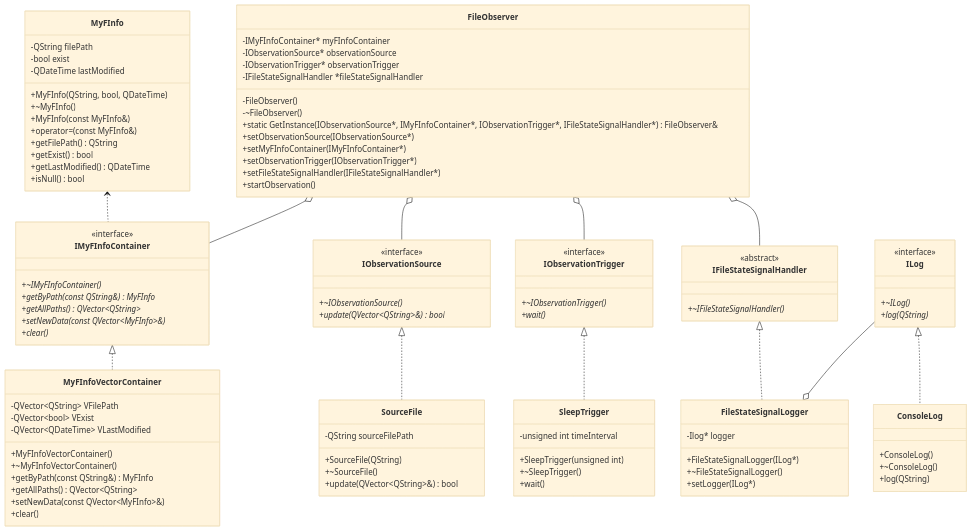
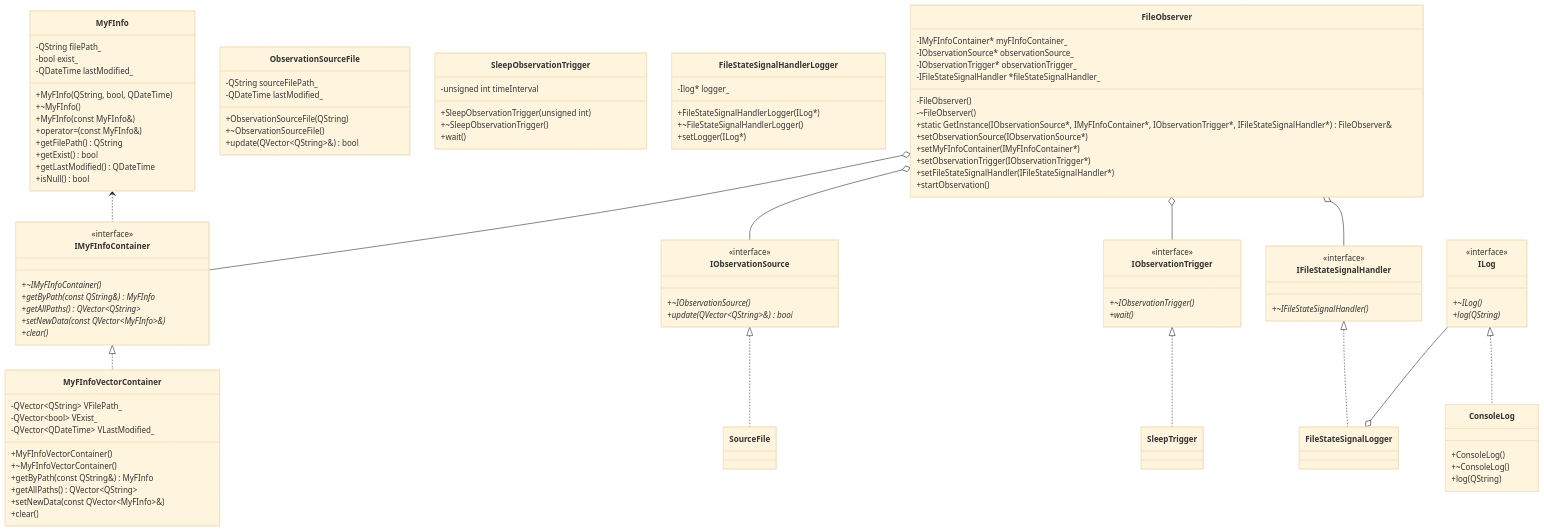
The diagram in README.md (ILoveHumanity/FileWarden), drawn with Mermaid (base theme) before and after one commit. The commit also changed other lines of this file and 27 other files, not shown here.

````diff
--- a/README.md
+++ b/README.md
@@ -25,15 +24,15 @@
 ```mermaid
 classDiagram
 	class FileObserver {
-		-IMyFInfoContainer* myFInfoContainer
-		-IObservationSource* observationSource
-		-IObservationTrigger* observationTrigger
-		-IFileStateSignalHandler *fileStateSignalHandler
+		-IMyFInfoContainer* myFInfoContainer_
+		-IObservationSource* observationSource_
+		-IObservationTrigger* observationTrigger_
+		-IFileStateSignalHandler *fileStateSignalHandler_
 		-FileObserver()
 		-~FileObserver()
 		+static GetInstance(IObservationSource*, IMyFInfoContainer*, IObservationTrigger*, IFileStateSignalHandler*) FileObserver&
 		+setObservationSource(IObservationSource*)
-        +setMyFInfoContainer(IMyFInfoContainer*)
+		+setMyFInfoContainer(IMyFInfoContainer*)
 		+setObservationTrigger(IObservationTrigger*)
 		+setFileStateSignalHandler(IFileStateSignalHandler*)
 		+startObservation()
@@ -48,9 +47,9 @@
 		+clear()*
 	}
 	class MyFInfoVectorContainer {
-		-QVector~QString~ VFilePath
-		-QVector~bool~ VExist
-		-QVector~QDateTime~ VLastModified
+		-QVector~QString~ VFilePath_
+		-QVector~bool~ VExist_
+		-QVector~QDateTime~ VLastModified_
 		+MyFInfoVectorContainer()
 		+~MyFInfoVectorContainer()
 		+getByPath(const QString&) MyFInfo
@@ -64,10 +63,11 @@
 		+~IObservationSource()*
 		+update(QVector~QString~&) bool*
 	}
-	class SourceFile {
-		-QString sourceFilePath
-		+SourceFile(QString)
-		+~SourceFile()
+	class ObservationSourceFile {
+		-QString sourceFilePath_
+		-QDateTime lastModified_
+		+ObservationSourceFile(QString)
+		+~ObservationSourceFile()
 		+update(QVector~QString~&) bool
 	}
 
@@ -76,23 +76,23 @@
 		+~IObservationTrigger()*
 		+wait()*
 	}
-	class SleepTrigger {
+	class SleepObservationTrigger {
 		-unsigned int timeInterval
-		+SleepTrigger(unsigned int)
-		+~SleepTrigger()
+		+SleepObservationTrigger(unsigned int)
+		+~SleepObservationTrigger()
 		+wait()
 	}
 
-    class IFileStateSignalHandler {
-        <<abstract>>
-        +~IFileStateSignalHandler()*
-    }
-    class FileStateSignalLogger {
-        -Ilog* logger
-        +FileStateSignalLogger(ILog*)
-        +~FileStateSignalLogger()
-        +setLogger(ILog*)
-    }
+	class IFileStateSignalHandler {
+		<<interface>>
+		+~IFileStateSignalHandler()*
+	}
+	class FileStateSignalHandlerLogger {
+		-Ilog* logger_
+		+FileStateSignalHandlerLogger(ILog*)
+		+~FileStateSignalHandlerLogger()
+		+setLogger(ILog*)
+	}
 
 	class ILog {
 		<<interface>>
@@ -106,9 +106,9 @@
 	}
 
 	class MyFInfo {
-		-QString filePath
-		-bool exist
-		-QDateTime lastModified
+		-QString filePath_
+		-bool exist_
+		-QDateTime lastModified_
 		+MyFInfo(QString, bool, QDateTime)
 		+~MyFInfo()
 		+MyFInfo(const MyFInfo&)
@@ -119,20 +119,20 @@
 		+isNull() bool
 	}
 
-    MyFInfo <.. IMyFInfoContainer
+	MyFInfo <.. IMyFInfoContainer
 
-    FileObserver o-- IMyFInfoContainer
-    IMyFInfoContainer <|.. MyFInfoVectorContainer
+	FileObserver o-- IMyFInfoContainer
+	IMyFInfoContainer <|.. MyFInfoVectorContainer
 
-    FileObserver o-- IObservationSource
-    IObservationSource <|.. SourceFile
+	FileObserver o-- IObservationSource
+	IObservationSource <|.. SourceFile
 
-    FileObserver o-- IObservationTrigger
-    IObservationTrigger <|.. SleepTrigger
+	FileObserver o-- IObservationTrigger
+	IObservationTrigger <|.. SleepTrigger
 
-    FileObserver o-- IFileStateSignalHandler
-    IFileStateSignalHandler <|.. FileStateSignalLogger
+	FileObserver o-- IFileStateSignalHandler
+	IFileStateSignalHandler <|.. FileStateSignalLogger
 
-    ILog --o FileStateSignalLogger
-    ILog <|.. ConsoleLog
+	ILog --o FileStateSignalLogger
+	ILog <|.. ConsoleLog
 ```
````
